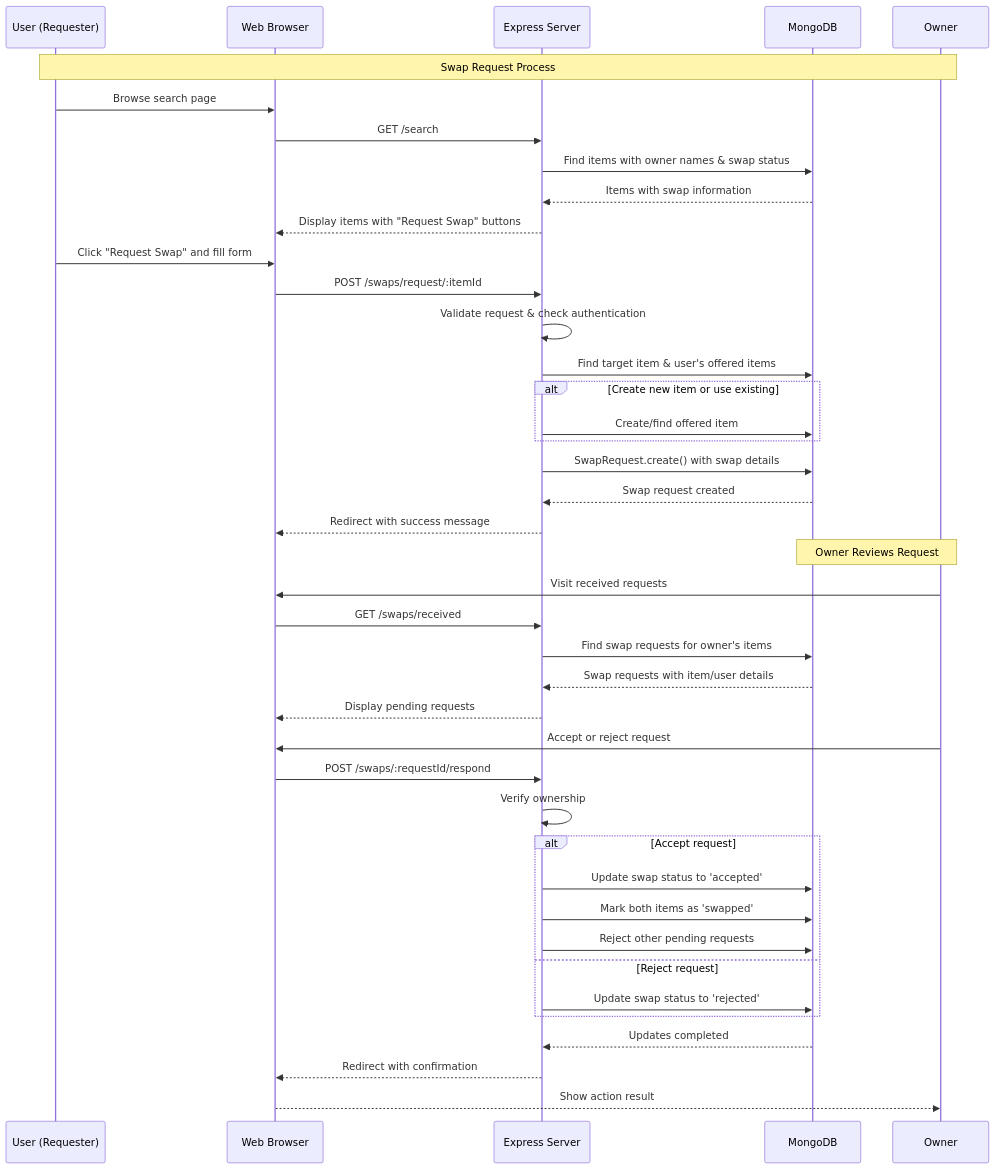
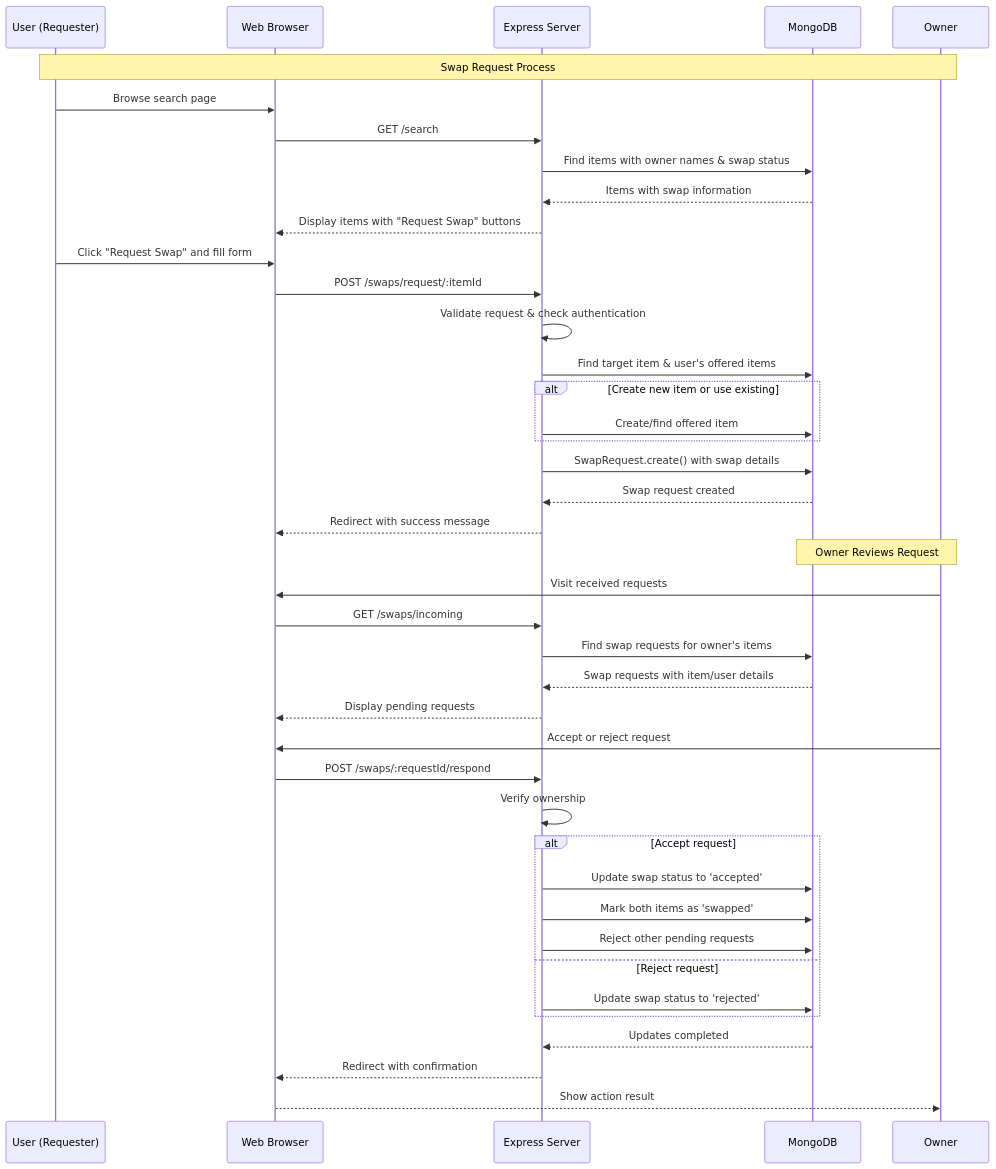
Before and after one commit to max3nn/home-swap: the fourth of 4 diagrams in README.md, drawn with Mermaid. The commit also changed other lines of this file and 8 other files, not shown here.

````diff
--- a/README.md
+++ b/README.md
@@ -527,51 +529,51 @@
 ```mermaid
 sequenceDiagram
     participant U as User (Requester)
     participant W as Web Browser
     participant S as Express Server
     participant DB as MongoDB
     participant O as Owner
 
     Note over U,O: Swap Request Process
     U->>W: Browse search page
     W->>S: GET /search
     S->>DB: Find items with owner names & swap status
     DB-->>S: Items with swap information
     S-->>W: Display items with "Request Swap" buttons
 
     U->>W: Click "Request Swap" and fill form
     W->>S: POST /swaps/request/:itemId
     S->>S: Validate request & check authentication
     S->>DB: Find target item & user's offered items
 
     alt Create new item or use existing
         S->>DB: Create/find offered item
     end
 
     S->>DB: SwapRequest.create() with swap details
     DB-->>S: Swap request created
     S-->>W: Redirect with success message
 
     Note over O,DB: Owner Reviews Request
     O->>W: Visit received requests
-    W->>S: GET /swaps/received
+    W->>S: GET /swaps/incoming
     S->>DB: Find swap requests for owner's items
     DB-->>S: Swap requests with item/user details
     S-->>W: Display pending requests
 
     O->>W: Accept or reject request
     W->>S: POST /swaps/:requestId/respond
     S->>S: Verify ownership
 
     alt Accept request
         S->>DB: Update swap status to 'accepted'
         S->>DB: Mark both items as 'swapped'
         S->>DB: Reject other pending requests
     else Reject request
         S->>DB: Update swap status to 'rejected'
     end
 
     DB-->>S: Updates completed
     S-->>W: Redirect with confirmation
     W-->>O: Show action result
 ```
````
